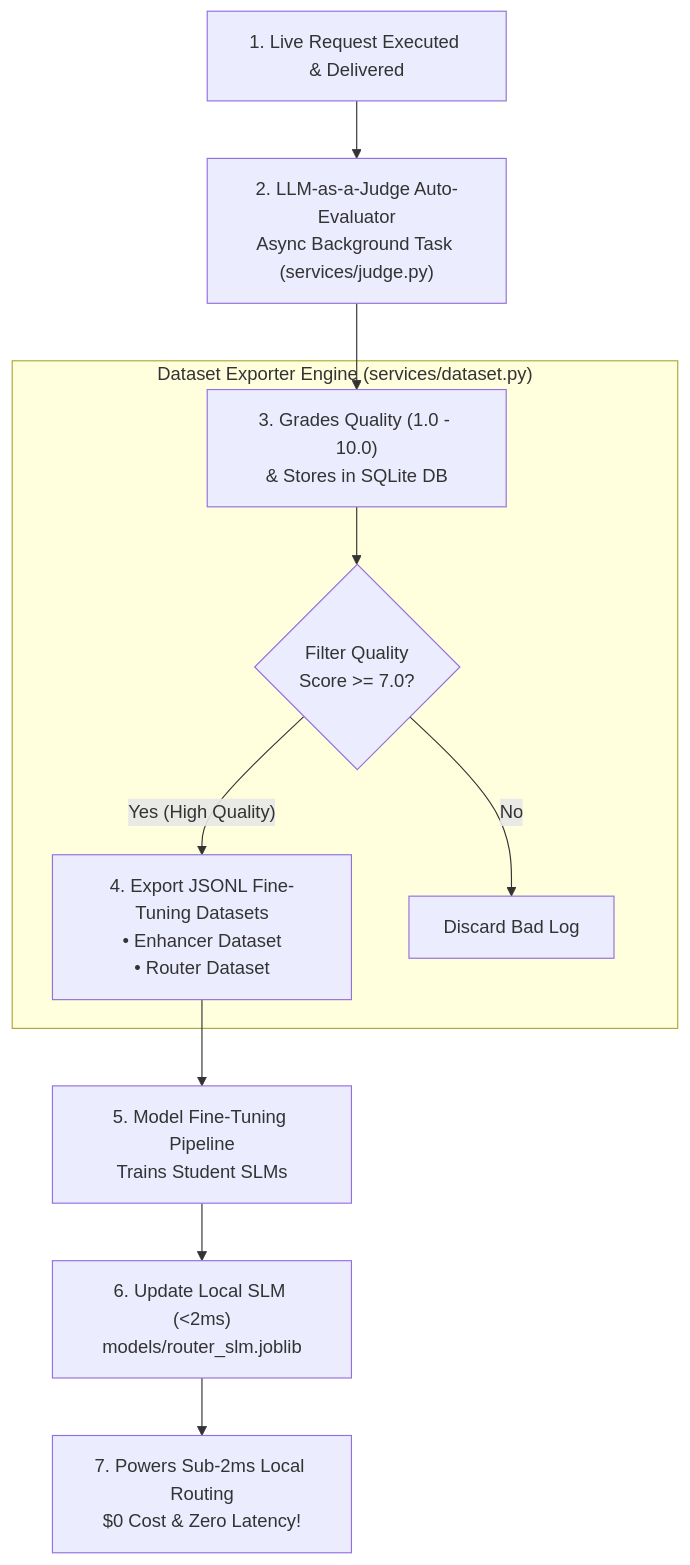
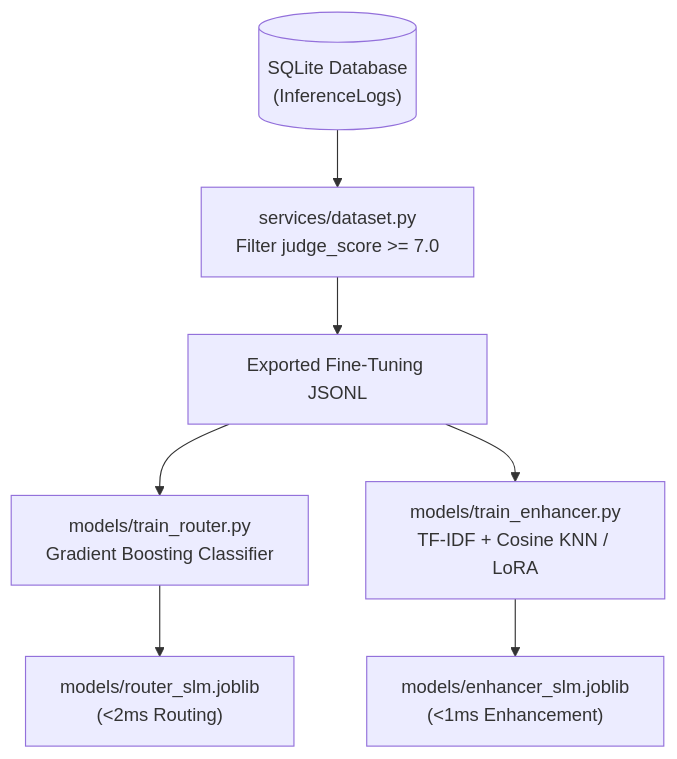
The third of 3 diagrams in README.md (vencat2025/Wormhole), drawn with Mermaid before and after one commit. The commit also changed other lines of this file, not shown here.

Commit message:
Document SLM training and fine-tuning pipeline mechanics

````diff
--- a/README.md
+++ b/README.md
@@ -131,15 +140,11 @@
 ```mermaid
 flowchart TD
-    Inference["1. Live Request Executed & Delivered"] --> Judge["2. LLM-as-a-Judge Auto-Evaluator\nAsync Background Task (services/judge.py)"]
-    Judge --> Score["3. Grades Quality (1.0 - 10.0)\n& Stores in SQLite DB"]
+    DB[("SQLite Database\n(InferenceLogs)")] --> Exporter["services/dataset.py\nFilter judge_score >= 7.0"]
+    Exporter --> JSONL["Exported Fine-Tuning JSONL"]
     
-    subgraph DataPipeline ["Dataset Exporter Engine (services/dataset.py)"]
-        Score --> Filter{"Filter Quality\nScore >= 7.0?"}
-        Filter -->|"Yes (High Quality)"| JSONL["4. Export JSONL Fine-Tuning Datasets\n• Enhancer Dataset\n• Router Dataset"]
-        Filter -->|"No"| Discard["Discard Bad Log"]
-    end
-
-    JSONL --> Training["5. Model Fine-Tuning Pipeline\nTrains Student SLMs"]
-    Training --> LocalSLM["6. Update Local SLM (<2ms)\nmodels/router_slm.joblib"]
-    LocalSLM --> Influx["7. Powers Sub-2ms Local Routing\n$0 Cost & Zero Latency!"]
+    JSONL --> RouterTrain["models/train_router.py\nGradient Boosting Classifier"]
+    JSONL --> EnhancerTrain["models/train_enhancer.py\nTF-IDF + Cosine KNN / LoRA"]
+    
+    RouterTrain --> RouterJoblib["models/router_slm.joblib\n(<2ms Routing)"]
+    EnhancerTrain --> EnhancerJoblib["models/enhancer_slm.joblib\n(<1ms Enhancement)"]
 ```
````
